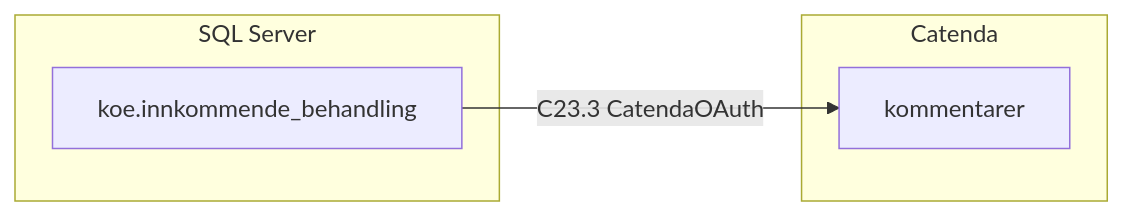
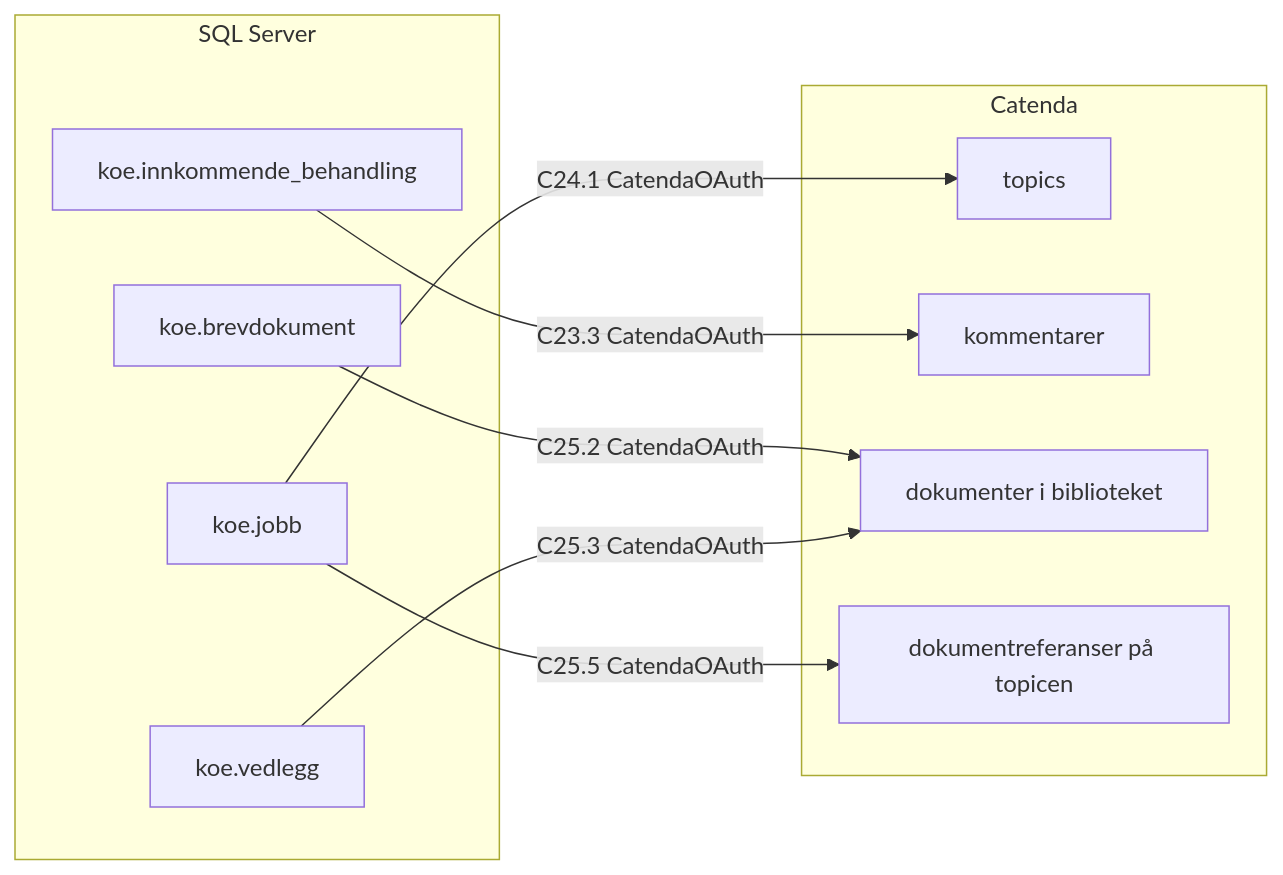
The third of 4 diagrams in docs/datamodell/relasjoner.md (khjohns/endringsmeldinger), drawn with Mermaid before and after one commit. The commit also changed other lines of this file and 4 other files, not shown here.

````diff
--- a/docs/datamodell/relasjoner.md
+++ b/docs/datamodell/relasjoner.md
@@ -474,10 +485,20 @@
 ```mermaid
 flowchart LR
     subgraph g0["Catenda"]
+        c_topic["topics"]
         c_kommentar["kommentarer"]
+        c_dokument["dokumenter i biblioteket"]
+        c_dokumentreferanse["dokumentreferanser på topicen"]
     end
     subgraph g1["SQL Server"]
+        t_koe_brevdokument["koe.brevdokument"]
         t_koe_innkommende_behandling["koe.innkommende_behandling"]
+        t_koe_jobb["koe.jobb"]
+        t_koe_vedlegg["koe.vedlegg"]
     end
     t_koe_innkommende_behandling -->|"C23.3 CatendaOAuth"| c_kommentar
+    t_koe_jobb -->|"C24.1 CatendaOAuth"| c_topic
+    t_koe_brevdokument -->|"C25.2 CatendaOAuth"| c_dokument
+    t_koe_vedlegg -->|"C25.3 CatendaOAuth"| c_dokument
+    t_koe_jobb -->|"C25.5 CatendaOAuth"| c_dokumentreferanse
 ```
````
